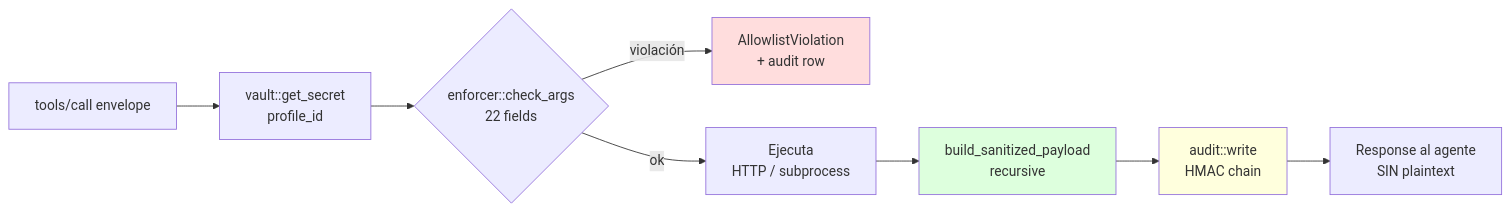
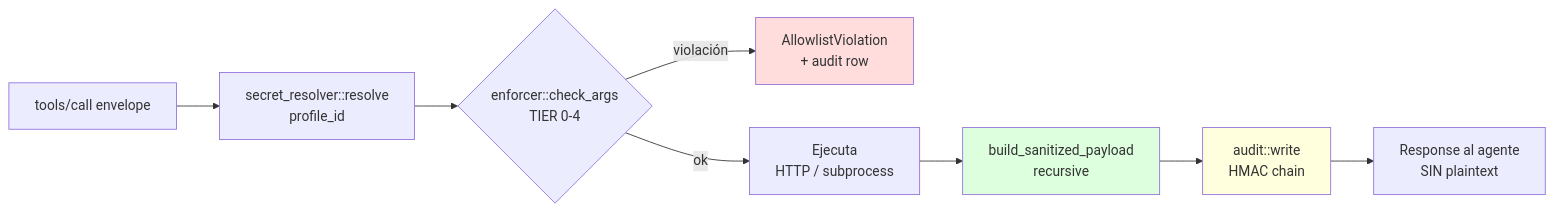
The diagram in docs/manual-kvendra-cli/14-primitives.md (KvendraAI/kvendra-cli), drawn with Mermaid before and after one commit. The commit also changed other lines of this file and 27 other files, not shown here.

````diff
--- a/docs/manual-kvendra-cli/14-primitives.md
+++ b/docs/manual-kvendra-cli/14-primitives.md
@@ -11,14 +13,14 @@
 ```mermaid
 flowchart LR
-    Call[tools/call envelope] --> Resolve[vault::get_secret<br/>profile_id]
-    Resolve --> Enforce{enforcer::check_args<br/>22 fields}
+    Call[tools/call envelope] --> Resolve[secret_resolver::resolve<br/>profile_id]
+    Resolve --> Enforce{enforcer::check_args<br/>TIER 0-4}
     Enforce -->|violación| Reject[AllowlistViolation<br/>+ audit row]
     Enforce -->|ok| Execute[Ejecuta<br/>HTTP / subprocess]
     Execute --> Sanitize[build_sanitized_payload<br/>recursive]
     Sanitize --> Audit[audit::write<br/>HMAC chain]
     Audit --> Return[Response al agente<br/>SIN plaintext]
 
     style Reject fill:#fdd
     style Sanitize fill:#dfd
     style Audit fill:#ffd
 ```
````
